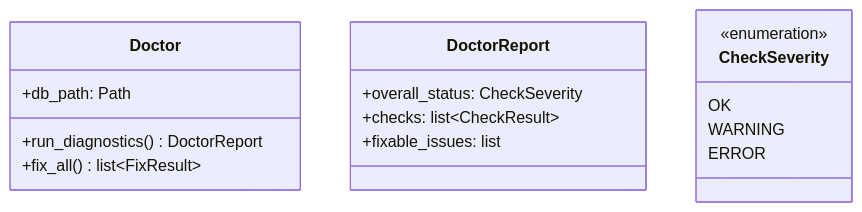
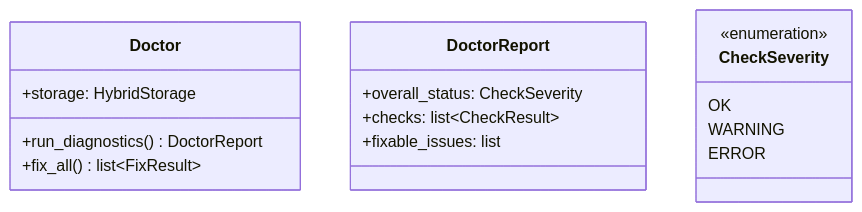
The tenth of 12 diagrams in src/gmailarchiver/core/ARCHITECTURE.md (tumma72/GMailArchiver), drawn with Mermaid before and after one commit. The commit also changed other lines of this file and 4 other files, not shown here.

First line of the commit message:
feat(workflows): establish workflows module architecture

````diff
--- a/src/gmailarchiver/core/ARCHITECTURE.md
+++ b/src/gmailarchiver/core/ARCHITECTURE.md
@@ -178,19 +194,19 @@
 ```mermaid
 classDiagram
     class Doctor {
-        +db_path: Path
+        +storage: HybridStorage
         +run_diagnostics() DoctorReport
         +fix_all() list~FixResult~
     }
     class DoctorReport {
         +overall_status: CheckSeverity
         +checks: list~CheckResult~
         +fixable_issues: list
     }
     class CheckSeverity {
         <<enumeration>>
         OK
         WARNING
         ERROR
     }
 ```
````
